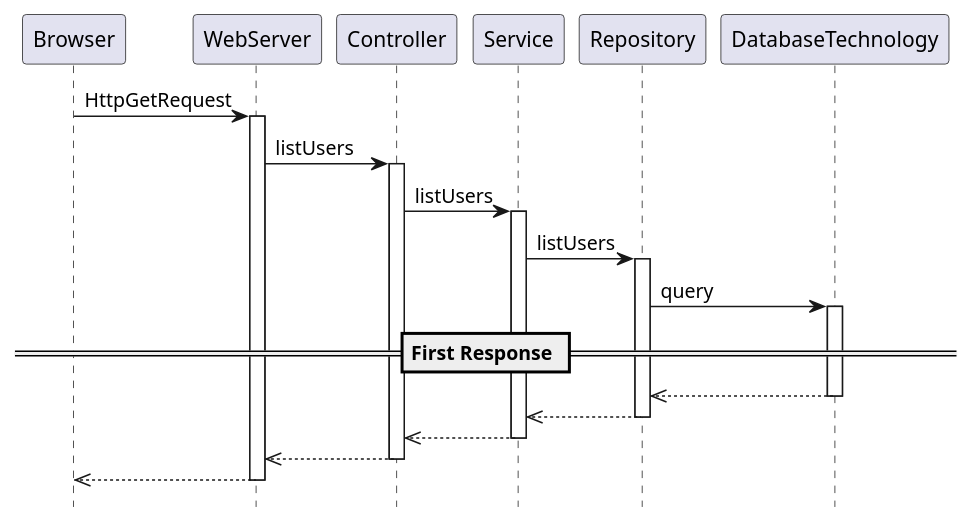
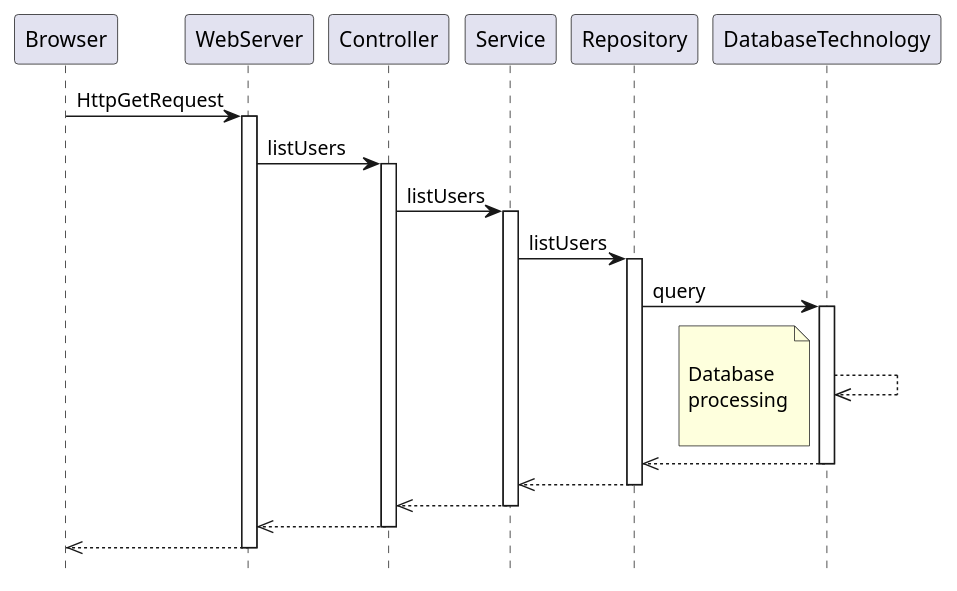
The diagram in src/docs/asciidoc/synchronous-web-mvc.puml (corneil/reactive-spring-5), drawn with PlantUML before and after one commit. The commit also changed 11 other files, not shown here.

```diff
--- a/src/docs/asciidoc/synchronous-web-mvc.puml
+++ b/src/docs/asciidoc/synchronous-web-mvc.puml
@@ -1,25 +1,31 @@
 @startuml
 hide footbox
 Browser -> WebServer: HttpGetRequest
 activate WebServer
 WebServer -> Controller: listUsers
 activate Controller
 Controller -> Service : listUsers
 activate Service
 Service -> Repository : listUsers
 activate Repository
 Repository -> DatabaseTechnology : query
 activate DatabaseTechnology
-== First Response ==
+DatabaseTechnology -->> DatabaseTechnology
+note left
+
+Database
+processing
+
+end note
 DatabaseTechnology -->> Repository
 deactivate DatabaseTechnology
 Repository -->> Service
 deactivate Repository
 Service -->> Controller
 deactivate Service
 Controller -->> WebServer
 deactivate Controller
 WebServer -->> Browser
 deactivate WebServer
 
 @enduml
```
